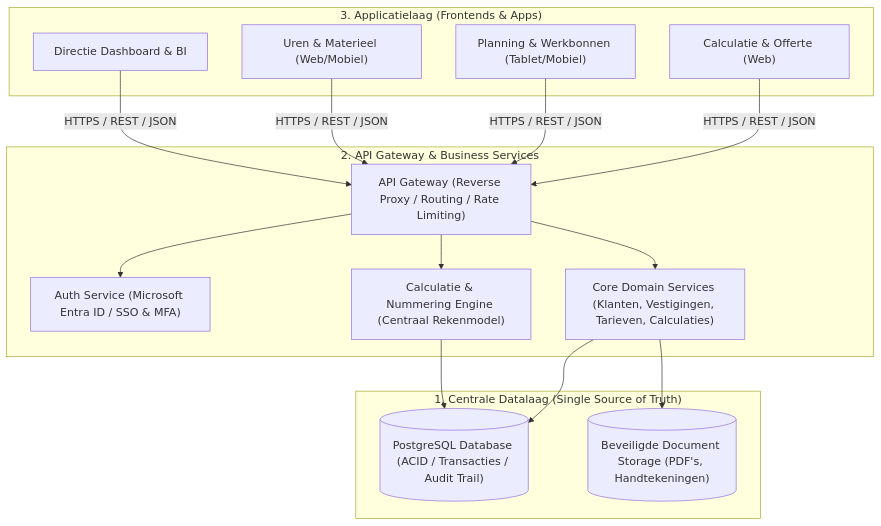
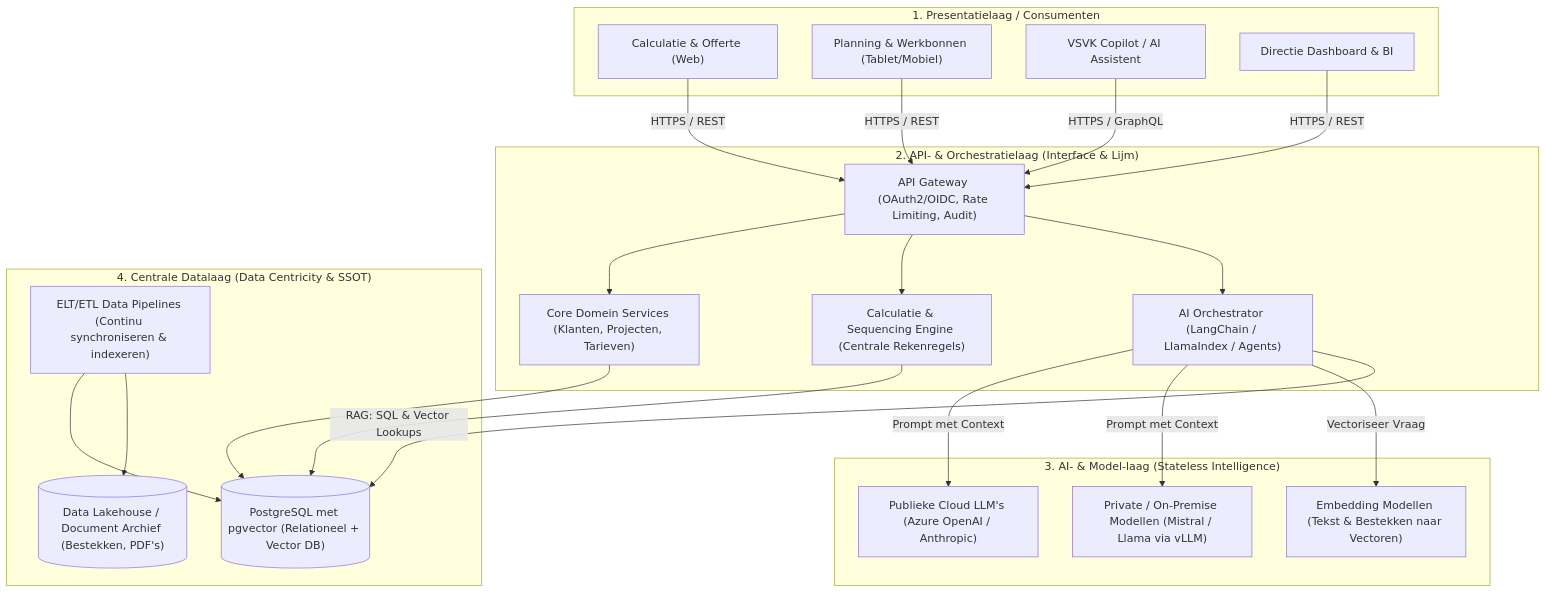
The first of 2 diagrams in docs/doelarchitectuur.md (reinierbeeckman/vsvk-calc), drawn with Mermaid before and after one commit. The commit also changed other lines of this file and 1 other file, not shown here.

Commit message:
docs: add strategic advice and target architecture documentation for the digital platform

````diff
--- a/docs/doelarchitectuur.md
+++ b/docs/doelarchitectuur.md
@@ -22,34 +38,47 @@
 ```mermaid
 graph TD
-    subgraph AppLaag ["3. Applicatielaag (Frontends & Apps)"]
-        A1["Calculatie & Offerte (Web)"]
-        A2["Planning & Werkbonnen (Tablet/Mobiel)"]
-        A3["Uren & Materieel (Web/Mobiel)"]
-        A4["Directie Dashboard & BI"]
+    subgraph Laag1 ["1. Presentatielaag / Consumenten"]
+        UI_CALC["Calculatie & Offerte (Web)"]
+        UI_MOB["Planning & Werkbonnen (Tablet/Mobiel)"]
+        UI_AI["VSVK Copilot / AI Assistent"]
+        UI_DASH["Directie Dashboard & BI"]
     end
 
-    subgraph GatewayLaag ["2. API Gateway & Business Services"]
-        GW["API Gateway (Reverse Proxy / Routing / Rate Limiting)"]
-        AUTH["Auth Service (Microsoft Entra ID / SSO & MFA)"]
-        CORE_API["Core Domain Services (Klanten, Vestigingen, Tarieven, Calculaties)"]
-        CALC_ENGINE["Calculatie & Nummering Engine (Centraal Rekenmodel)"]
+    subgraph Laag2 ["2. API- & Orchestratielaag (Interface & Lijm)"]
+        GW["API Gateway (OAuth2/OIDC, Rate Limiting, Audit)"]
+        ORCH["AI Orchestrator (LangChain / LlamaIndex / Agents)"]
+        CORE_SRV["Core Domein Services (Klanten, Projecten, Tarieven)"]
+        CALC_ENG["Calculatie & Sequencing Engine (Centrale Rekenregels)"]
     end
 
-    subgraph DataLaag ["1. Centrale Datalaag (Single Source of Truth)"]
-        DB[("PostgreSQL Database (ACID / Transacties / Audit Trail)")]
-        BLOB[("Beveiligde Document Storage (PDF's, Handtekeningen)")]
+    subgraph Laag3 ["3. AI- & Model-laag (Stateless Intelligence)"]
+        LLM_PUB["Publieke Cloud LLM's (Azure OpenAI / Anthropic)"]
+        LLM_LOCAL["Private / On-Premise Modellen (Mistral / Llama via vLLM)"]
+        EMBED["Embedding Modellen (Tekst & Bestekken naar Vectoren)"]
     end
 
-    A1 -->|HTTPS / REST / JSON| GW
-    A2 -->|HTTPS / REST / JSON| GW
-    A3 -->|HTTPS / REST / JSON| GW
-    A4 -->|HTTPS / REST / JSON| GW
+    subgraph Laag4 ["4. Centrale Datalaag (Data Centricity & SSOT)"]
+        DB[("PostgreSQL met pgvector (Relationeel + Vector DB)")]
+        LAKE[("Data Lakehouse / Document Archief (Bestekken, PDF's)")]
+        PIPE["ELT/ETL Data Pipelines (Continu synchroniseren & indexeren)"]
+    end
 
-    GW --> AUTH
-    GW --> CORE_API
-    GW --> CALC_ENGINE
+    UI_CALC -->|HTTPS / REST| GW
+    UI_MOB -->|HTTPS / REST| GW
+    UI_AI -->|HTTPS / GraphQL| GW
+    UI_DASH -->|HTTPS / REST| GW
 
-    CORE_API --> DB
-    CALC_ENGINE --> DB
-    CORE_API --> BLOB
+    GW --> CORE_SRV
+    GW --> CALC_ENG
+    GW --> ORCH
+
+    ORCH -->|Prompt met Context| LLM_PUB
+    ORCH -->|Prompt met Context| LLM_LOCAL
+    ORCH -->|Vectoriseer Vraag| EMBED
+
+    CORE_SRV --> DB
+    CALC_ENG --> DB
+    ORCH -->|RAG: SQL & Vector Lookups| DB
+    PIPE --> DB
+    PIPE --> LAKE
 ```
````
